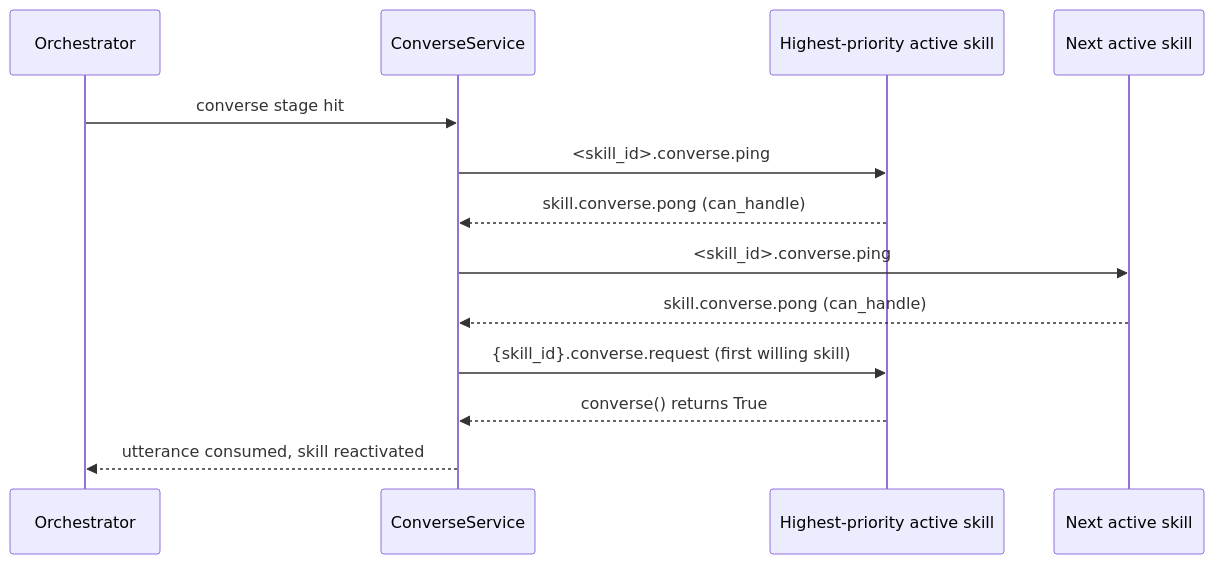
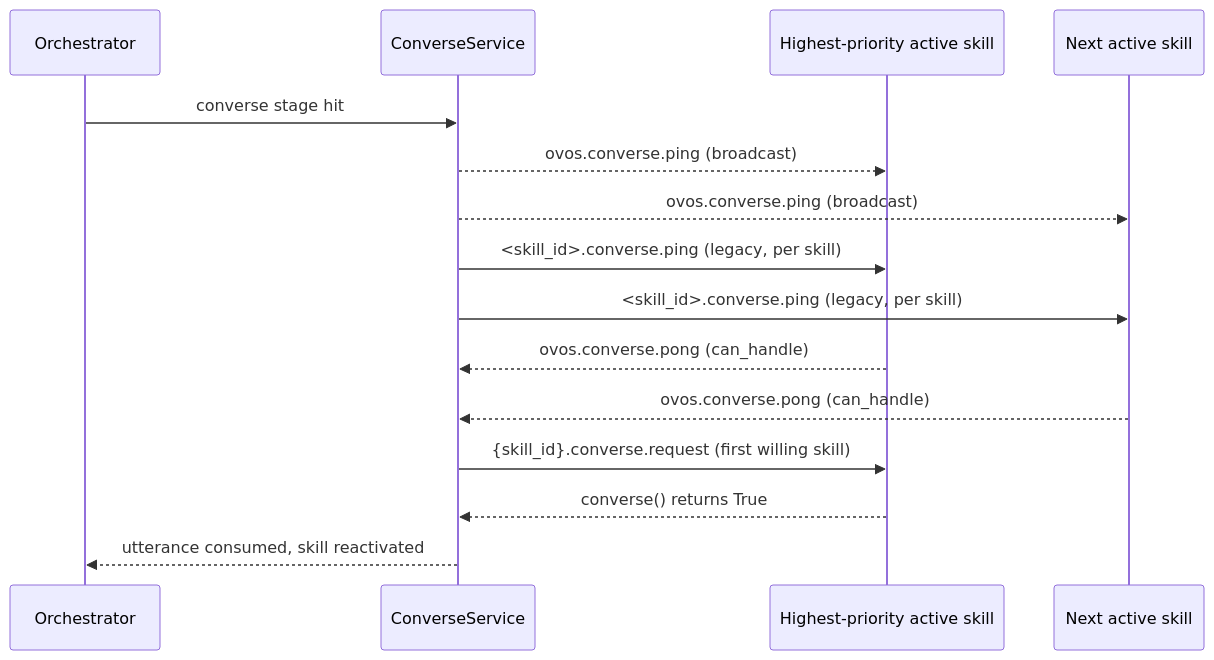
The diagram in docs/converse-pipeline.md (OpenVoiceOS/beta-technical-manual), drawn with Mermaid before and after one commit. The commit also changed other lines of this file and 6 other files, not shown here.

````diff
--- a/docs/converse-pipeline.md
+++ b/docs/converse-pipeline.md
@@ -120,16 +120,18 @@
 ```mermaid
 sequenceDiagram
     participant O as Orchestrator
     participant C as ConverseService
     participant S1 as Highest-priority active skill
     participant S2 as Next active skill
 
     O->>C: converse stage hit
-    C->>S1: <skill_id>.converse.ping
-    S1-->>C: skill.converse.pong (can_handle)
-    C->>S2: <skill_id>.converse.ping
-    S2-->>C: skill.converse.pong (can_handle)
+    C-->>S1: ovos.converse.ping (broadcast)
+    C-->>S2: ovos.converse.ping (broadcast)
+    C->>S1: <skill_id>.converse.ping (legacy, per skill)
+    C->>S2: <skill_id>.converse.ping (legacy, per skill)
+    S1-->>C: ovos.converse.pong (can_handle)
+    S2-->>C: ovos.converse.pong (can_handle)
     C->>S1: {skill_id}.converse.request (first willing skill)
     S1-->>C: converse() returns True
     C-->>O: utterance consumed, skill reactivated
 ```
````
